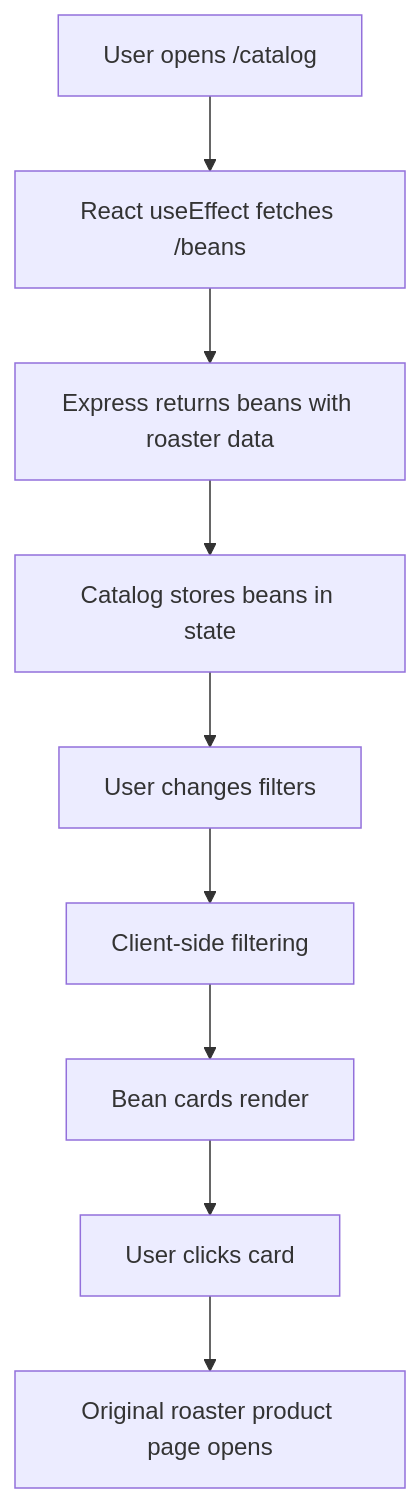
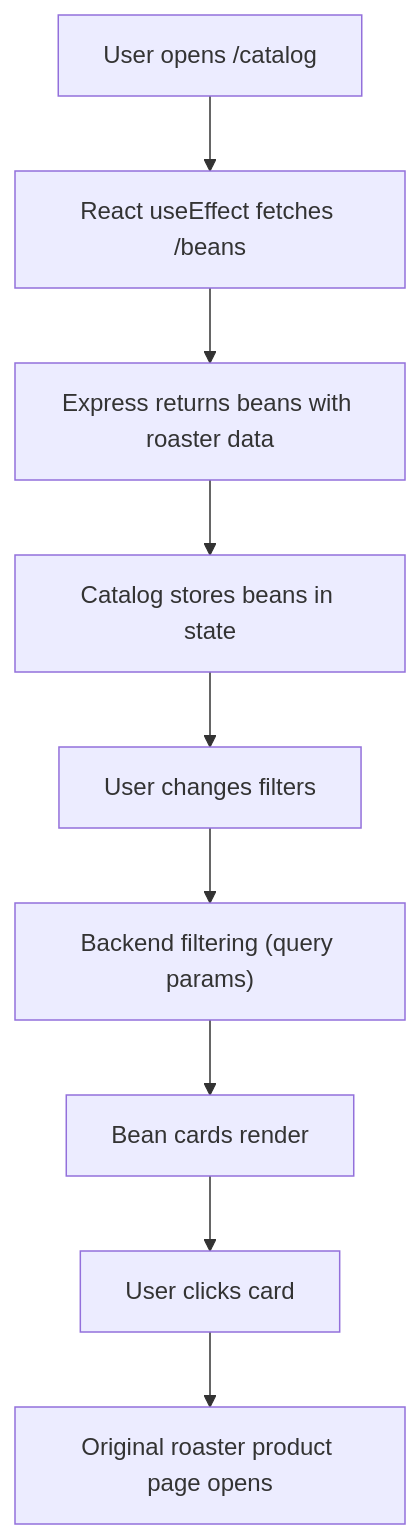
One commit to edwardheww/BrewStack changed the second of 3 diagrams in README.md. Above: the diagram before and after it, drawn with Mermaid.

Commit message:
Update filtering method from client-side to backend

````diff
--- a/README.md
+++ b/README.md
@@ -871,11 +871,11 @@
 ```mermaid
 flowchart TD
     A["User opens /catalog"] --> B["React useEffect fetches /beans"]
     B --> C["Express returns beans with roaster data"]
     C --> D["Catalog stores beans in state"]
     D --> E["User changes filters"]
-    E --> F["Client-side filtering"]
+    E --> F["Backend filtering (query params)"]
     F --> G["Bean cards render"]
     G --> H["User clicks card"]
     H --> I["Original roaster product page opens"]
 ```
````
